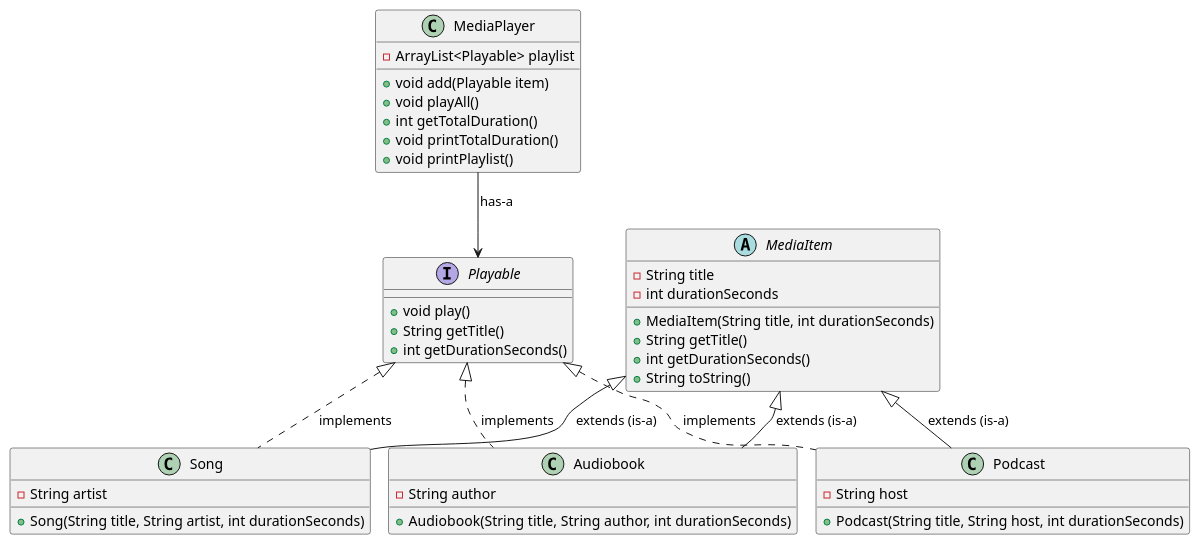
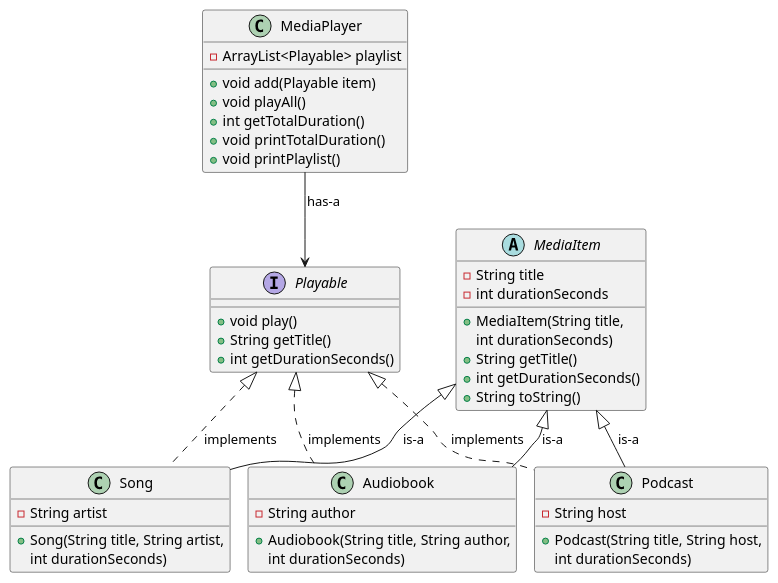
Before and after one commit to BesimaP/Uge-Opgave-6: the diagram in Documentation/Musikbibliotek.puml, drawn with PlantUML. The commit also changed 9 other files, not shown here.

```diff
--- a/Documentation/Musikbibliotek.puml
+++ b/Documentation/Musikbibliotek.puml
@@ -1,51 +1,55 @@
 @startuml
 !pragma layout smetana
 
 interface Playable {
     + void play()
     + String getTitle()
     + int getDurationSeconds()
 }
 
 abstract class MediaItem {
     - String title
     - int durationSeconds
-    + MediaItem(String title, int durationSeconds)
+    + MediaItem(String title,
+      int durationSeconds)
     + String getTitle()
     + int getDurationSeconds()
     + String toString()
 }
 
 class Song {
     - String artist
-    + Song(String title, String artist, int durationSeconds)
+    + Song(String title, String artist,
+    int durationSeconds)
 }
 
 class Podcast {
     - String host
-    + Podcast(String title, String host, int durationSeconds)
+    + Podcast(String title, String host,
+    int durationSeconds)
 }
 
 class Audiobook {
     - String author
-    + Audiobook(String title, String author, int durationSeconds)
+    + Audiobook(String title, String author,
+    int durationSeconds)
 }
 
 class MediaPlayer {
     - ArrayList<Playable> playlist
     + void add(Playable item)
     + void playAll()
     + int getTotalDuration()
     + void printTotalDuration()
     + void printPlaylist()
 }
 
 Playable <|.. Song : implements
 Playable <|.. Podcast : implements
 Playable <|.. Audiobook : implements
-MediaItem <|-- Song : extends (is-a)
-MediaItem <|-- Podcast : extends (is-a)
-MediaItem <|-- Audiobook : extends (is-a)
+MediaItem <|-- Song : is-a
+MediaItem <|-- Podcast : is-a
+MediaItem <|-- Audiobook : is-a
 MediaPlayer --> Playable : has-a
 
 @enduml
```
